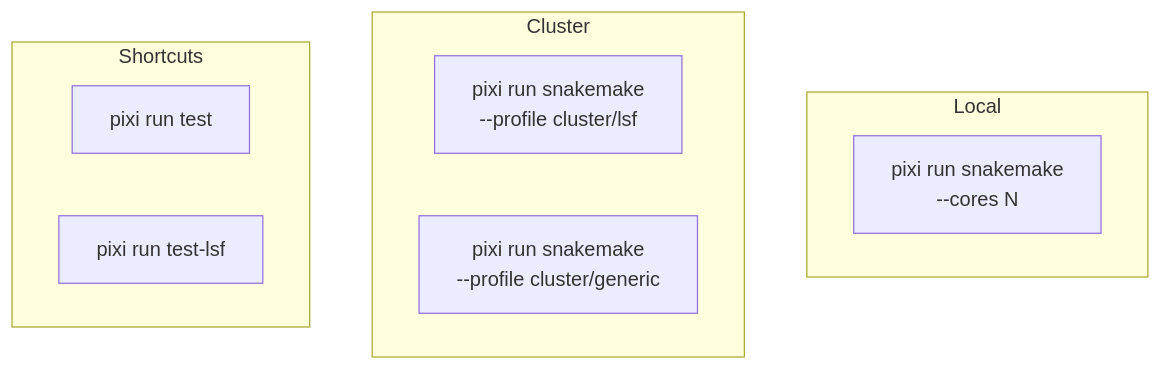
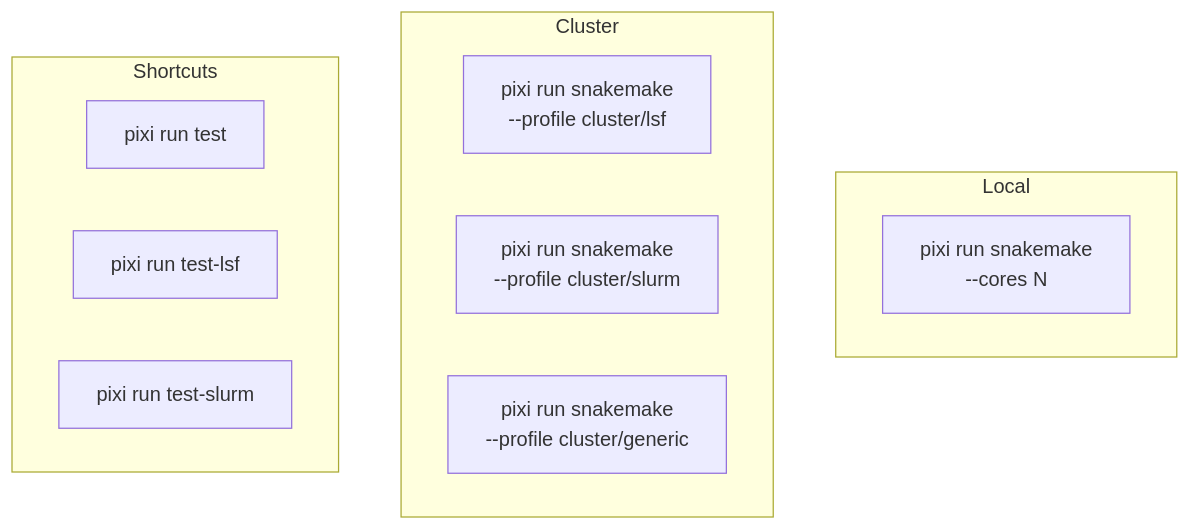
The diagram in docs/user-guide/running-pipeline.md (rnabioco/aa-tRNA-seq-pipeline), drawn with Mermaid before and after one commit. The commit also changed other lines of this file and 11 other files, not shown here.

````diff
--- a/docs/user-guide/running-pipeline.md
+++ b/docs/user-guide/running-pipeline.md
@@ -7,14 +7,16 @@
 ```mermaid
 flowchart TB
     subgraph Local
         A[pixi run snakemake<br/>--cores N]
     end
     subgraph Cluster
         B[pixi run snakemake<br/>--profile cluster/lsf]
-        C[pixi run snakemake<br/>--profile cluster/generic]
+        C[pixi run snakemake<br/>--profile cluster/slurm]
+        F[pixi run snakemake<br/>--profile cluster/generic]
     end
     subgraph Shortcuts
         D[pixi run test]
         E[pixi run test-lsf]
+        G[pixi run test-slurm]
     end
 ```
````
